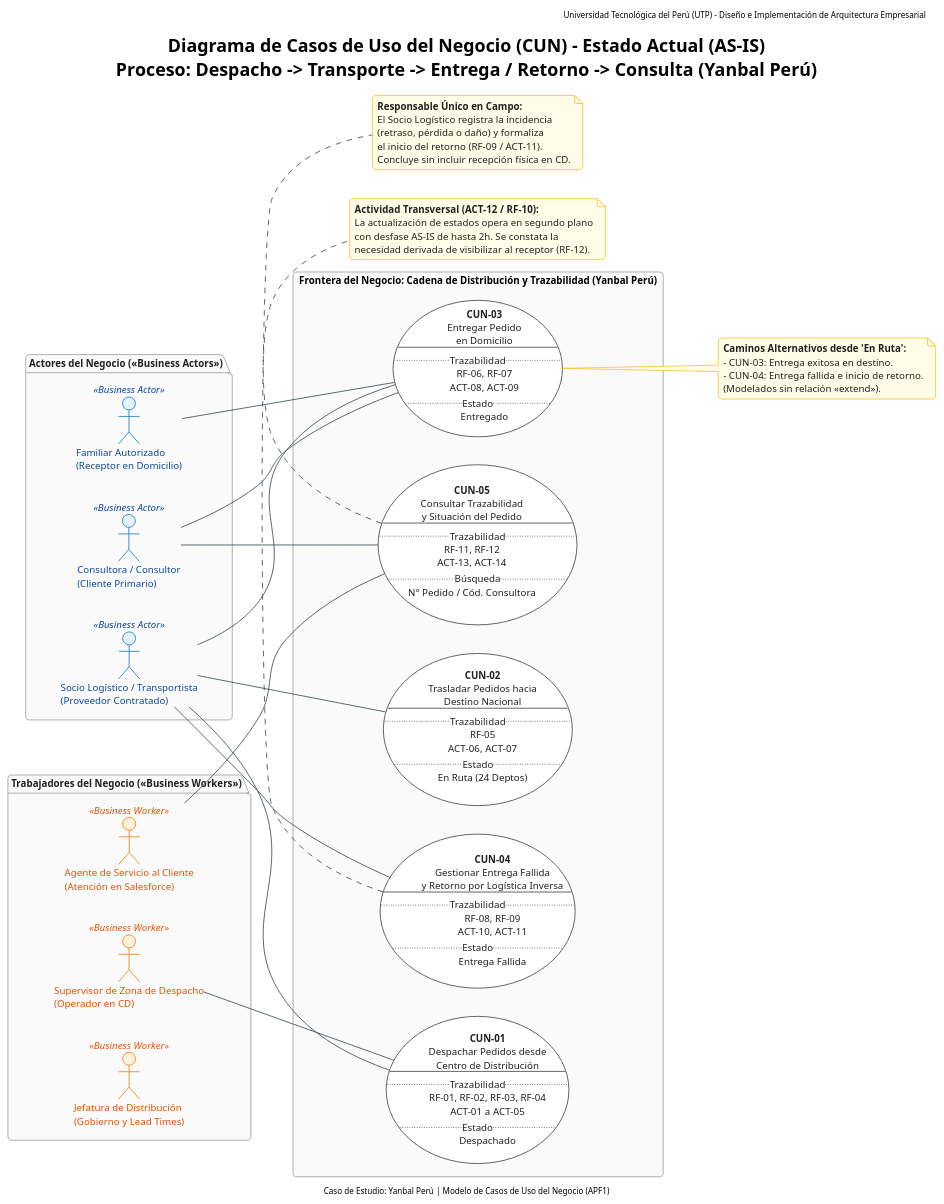
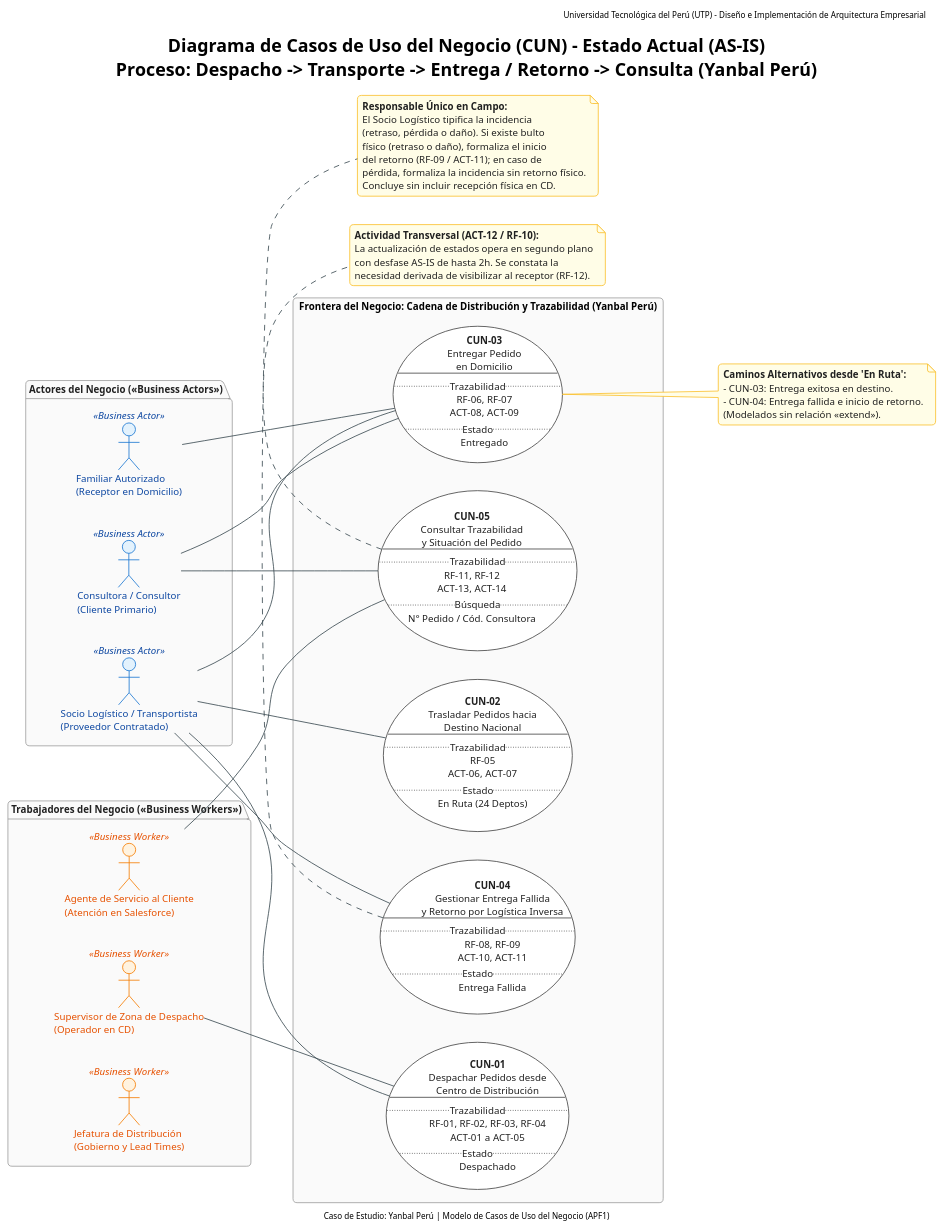
Before and after one commit to SaraviaH/arq-emp: the fourth of 4 diagrams in arq-emp AS-IS/Diagrama de Casos de Uso del Negocio (CUN)/01 - Diagrama General de Casos de Uso del Negocio (CUN).md, drawn with PlantUML. The commit also changed other lines of this file and 8 other files, not shown here.

```diff
--- a/arq-emp AS-IS/Diagrama de Casos de Uso del Negocio (CUN)/01 - Diagrama General de Casos de Uso del Negocio (CUN).md
+++ b/arq-emp AS-IS/Diagrama de Casos de Uso del Negocio (CUN)/01 - Diagrama General de Casos de Uso del Negocio (CUN).md
@@ -273,9 +273,11 @@
 ' Notas de Reglas y Delimitación
 note bottom of CUN04
   <b>Responsable Único en Campo:</b>
-  El Socio Logístico registra la incidencia
-  (retraso, pérdida o daño) y formaliza
-  el inicio del retorno (RF-09 / ACT-11).
+  El Socio Logístico tipifica la incidencia
+  (retraso, pérdida o daño). Si existe bulto
+  físico (retraso o daño), formaliza el inicio
+  del retorno (RF-09 / ACT-11); en caso de
+  pérdida, formaliza la incidencia sin retorno físico.
   Concluye sin incluir recepción física en CD.
 end note
 
```
